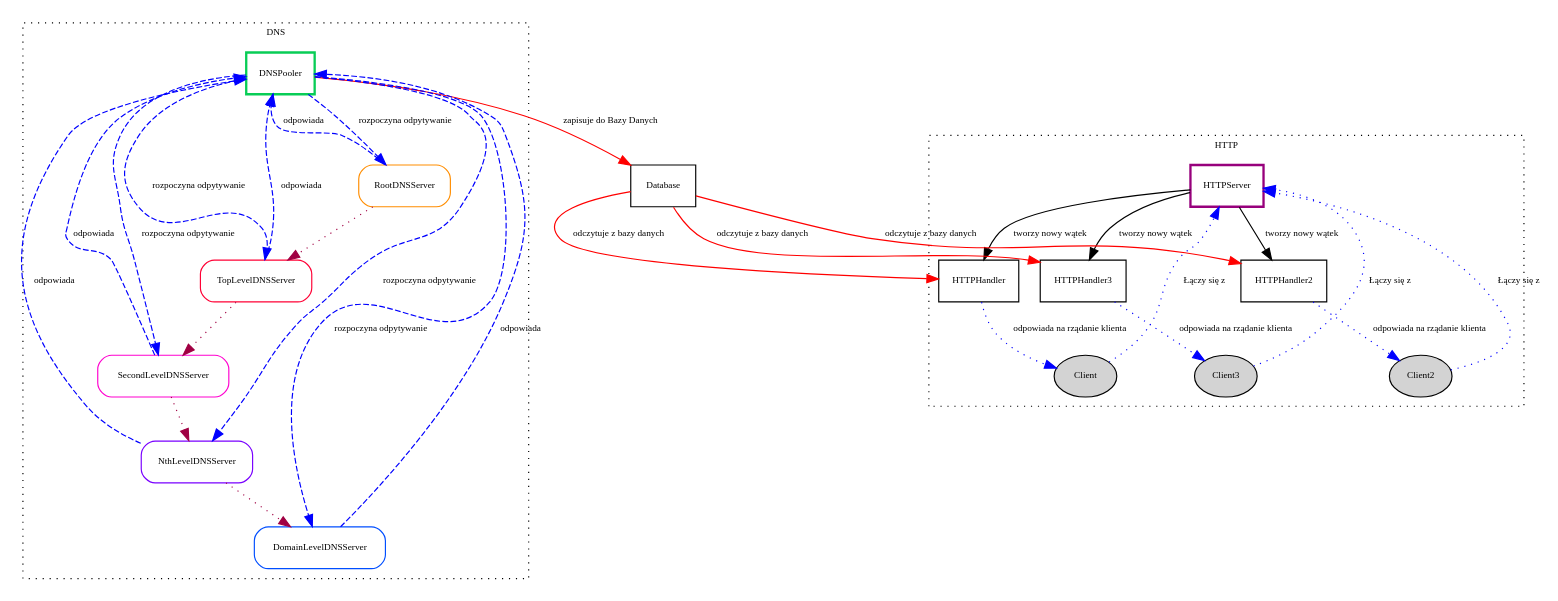
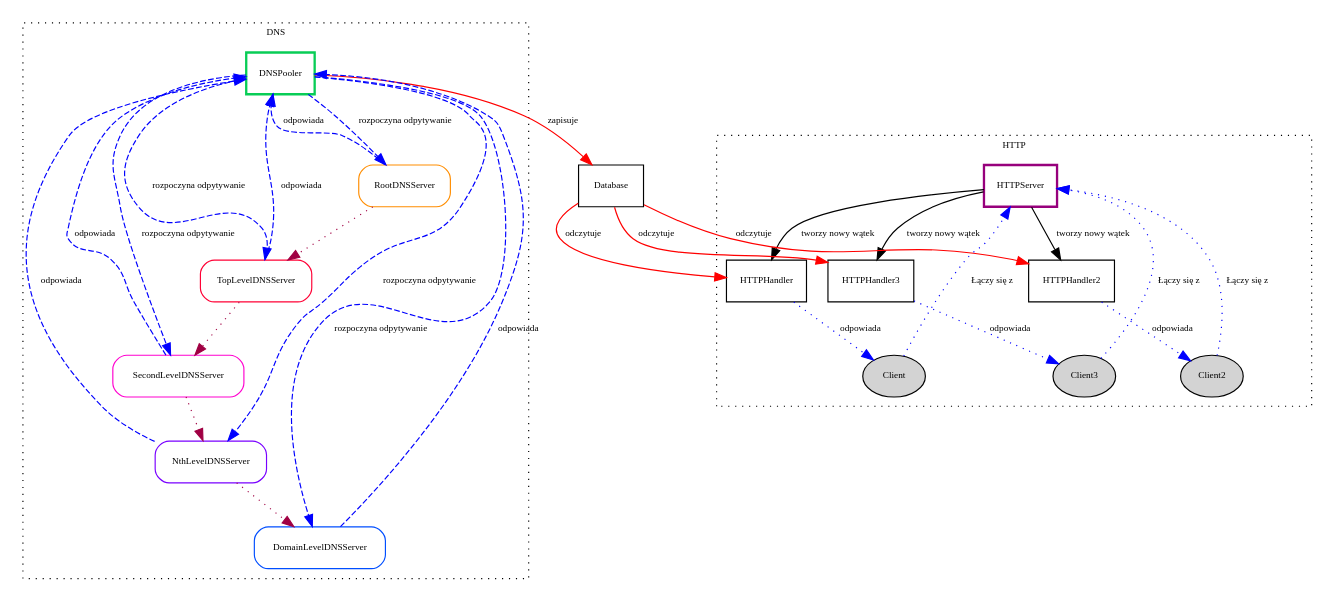
Before and after one commit to Aerial94/TIN: the diagram in doc/graph.dot, drawn with Graphviz. The commit also changed 2 other files, not shown here.

Commit message:
modified:   graph.dot modified:   initial_doc.md modified:   legend.dot

```diff
--- a/doc/graph.dot
+++ b/doc/graph.dot
@@ -1,141 +1,142 @@
 digraph G {
         fontname = "Bitstream Vera Sans"
         fontsize = 8
         ordering=out
         overlap = scale;
 
         node [
                 fontname = "Bitstream Vera Sans"
                 fontsize = 8
                 shape = "record"
                 nodesep=5.0
         ]
 
         edge [
                 fontname = "Bitstream Vera Sans"
                 fontsize = 8
         ]
 
         HTTPServer [
                 label = "{HTTPServer}"
                 color = "#97007C"
                 style = "bold"
         ]
 
         Database [
                 label = "Database"
         ]
 
         Client[
                 label = "Client"
                 shape = "ellipse"
                 style=filled
         ]
 
         HTTPHandler[
                 label = "{HTTPHandler}"
         ]
 
         Client2[
                 label = "Client2"
                 style="dotted"
                 shape = "ellipse"
                 style=filled
         ]
         HTTPHandler2[
                 label = "HTTPHandler2"
         ]
         Client3[
                 label = "Client3"
                 style="dotted"
                 shape = "ellipse"
                 style=filled
         ]
         HTTPHandler3[
                 label = "HTTPHandler3"
         ]
         subgraph cluster_1 {
             label = "HTTP"
         graph[style=dotted];
         Client -> HTTPServer [label="Łączy się z" style = "dotted",
                color="blue"]
         Client2 -> HTTPServer [label="Łączy się z" style = "dotted",
         color="blue"]
         Client3 -> HTTPServer [label="Łączy się z" style = "dotted",
         color="blue"]
-        HTTPHandler2 -> Client2 [label="odpowiada na rządanie klienta" style = "dotted", color="blue"]
-        HTTPHandler3 -> Client3 [label="odpowiada na rządanie klienta" style = "dotted", color="blue"]
+        HTTPHandler2 -> Client2 [label="odpowiada" style = "dotted", color="blue"]
+        HTTPHandler3 -> Client3 [label="odpowiada" style = "dotted", color="blue"]
         HTTPServer -> HTTPHandler2 [label = "tworzy nowy wątek"]
-        HTTPHandler -> Client [label="odpowiada na rządanie klienta" style = "dotted", color="blue"]
+        HTTPHandler -> Client [label="odpowiada" style = "dotted", color="blue"]
         HTTPServer -> HTTPHandler [label = "tworzy nowy wątek"]
         HTTPServer -> HTTPHandler3 [label = "tworzy nowy wątek"]
         }
-        Database -> HTTPHandler[label="odczytuje z bazy danych" style =
+        Database -> HTTPHandler[label="odczytuje" style =
         "solid", color="red"]
-        Database -> HTTPHandler2 [label="odczytuje z bazy danych" style =
+        Database -> HTTPHandler2 [label="odczytuje" style =
         "solid", color="red"]
-        Database -> HTTPHandler3 [label="odczytuje z bazy danych" style =
+        Database -> HTTPHandler3 [label="odczytuje" style =
         "solid", color="red"]
 
         DNSPooler[
                 label = "DNSPooler"
                 style="solid"
                 color="#08CD56"
                 style = "bold"
         ]
-        DNSPooler -> Database [label="zapisuje do Bazy Danych" style =
+        DNSPooler -> Database [label="zapisuje" style =
         "solid", color="red"]
 
+
+        TopLevelDNSServer[
+                label = "TopLevelDNSServer"
+                style="solid"
+                color="#FF0035"
+                style = "rounded"
+        ]
         RootDNSServer[
                 label = "RootDNSServer"
                 style="solid"
                 color="#FF8D00"
-                style = "rounded"
-        ]
-        TopLevelDNSServer[
-                label = "TopLevelDNSServer"
-                style="solid"
-                color="#FF0035"
                 style = "rounded"
         ]
         SecondLevelDNSServer[
                 label = "SecondLevelDNSServer"
                 style="solid"
                 color="#FF00CF"
                 style = "rounded"
         ]
         NthLevelDNSServer[
                 label = "NthLevelDNSServer"
                 style="dashed"
                 color="#7900FF"
                 style = "rounded"
         ]
         DomainLevelDNSServer[
                 label = "DomainLevelDNSServer"
                 style="solid"
                 color="#004EFF"
                 style = "rounded"
         ]
         subgraph cluster_0 {
             label = "DNS"
         graph[style=dotted]
         RootDNSServer -> TopLevelDNSServer [style="dotted"
         color="#A00043"]
         TopLevelDNSServer -> SecondLevelDNSServer [style="dotted"
         color="#A00043"]
         SecondLevelDNSServer -> NthLevelDNSServer [style="dotted"
         color="#A00043"]
         NthLevelDNSServer -> DomainLevelDNSServer [style="dotted"
         color="#A00043"]
         DNSPooler -> RootDNSServer [label="rozpoczyna odpytywanie" style = "dashed", color="blue"]
         RootDNSServer -> DNSPooler [label="odpowiada" style = "dashed", color="blue"]
         DNSPooler -> TopLevelDNSServer [label="rozpoczyna odpytywanie" style = "dashed", color="blue"]
         TopLevelDNSServer -> DNSPooler [label="odpowiada" style = "dashed", color="blue"]
         DNSPooler -> SecondLevelDNSServer [label="rozpoczyna odpytywanie" style = "dashed", color="blue"]
         SecondLevelDNSServer -> DNSPooler [label="odpowiada" style = "dashed", color="blue"]
         DNSPooler -> NthLevelDNSServer [label="rozpoczyna odpytywanie" style = "dashed", color="blue"]
         NthLevelDNSServer -> DNSPooler [label="odpowiada" style = "dashed", color="blue"]
         DNSPooler -> DomainLevelDNSServer [label="rozpoczyna odpytywanie" style = "dashed", color="blue"]
         DomainLevelDNSServer -> DNSPooler [label="odpowiada" style = "dashed" color="blue"]
         }
 }
```
